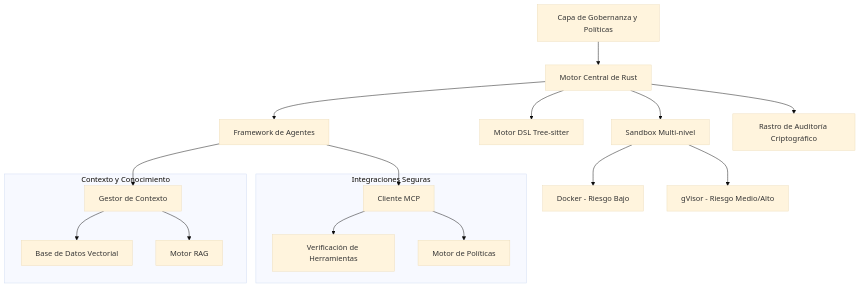
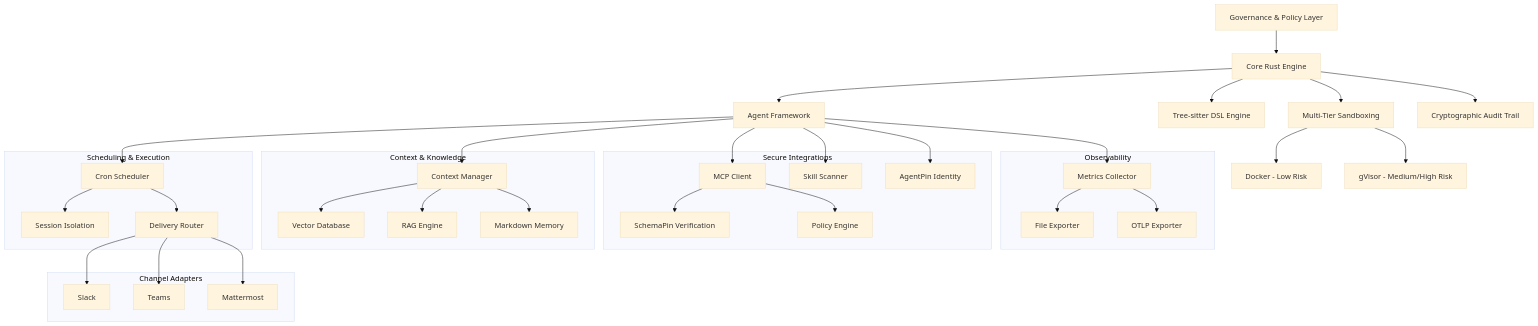
Before and after one commit to ThirdKeyAI/Symbiont: the diagram in docs/index.es.md, drawn with Mermaid (base theme). The commit also changed other lines of this file and 25 other files, not shown here.

````diff
--- a/docs/index.es.md
+++ b/docs/index.es.md
@@ -100,29 +107,62 @@
 ```mermaid
 graph TB
-    A[Capa de Gobernanza y Políticas] --> B[Motor Central de Rust]
-    B --> C[Framework de Agentes]
-    B --> D[Motor DSL Tree-sitter]
-    B --> E[Sandbox Multi-nivel]
-    E --> F[Docker - Riesgo Bajo]
-    E --> G[gVisor - Riesgo Medio/Alto]
-    B --> I[Rastro de Auditoría Criptográfico]
-    
-    subgraph "Contexto y Conocimiento"
-        J[Gestor de Contexto]
-        K[Base de Datos Vectorial]
-        L[Motor RAG]
+    A[Governance & Policy Layer] --> B[Core Rust Engine]
+    B --> C[Agent Framework]
+    B --> D[Tree-sitter DSL Engine]
+    B --> E[Multi-Tier Sandboxing]
+    E --> F[Docker - Low Risk]
+    E --> G[gVisor - Medium/High Risk]
+    B --> I[Cryptographic Audit Trail]
+
+    subgraph "Scheduling & Execution"
+        S[Cron Scheduler]
+        H[Session Isolation]
+        R[Delivery Router]
     end
-    
-    subgraph "Integraciones Seguras"
-        M[Cliente MCP]
-        N[Verificación de Herramientas]
-        O[Motor de Políticas]
+
+    subgraph "Channel Adapters"
+        SL[Slack]
+        TM[Teams]
+        MM[Mattermost]
     end
-    
+
+    subgraph "Context & Knowledge"
+        J[Context Manager]
+        K[Vector Database]
+        L[RAG Engine]
+        MD[Markdown Memory]
+    end
+
+    subgraph "Secure Integrations"
+        M[MCP Client]
+        N[SchemaPin Verification]
+        O[Policy Engine]
+        P[AgentPin Identity]
+        SK[Skill Scanner]
+    end
+
+    subgraph "Observability"
+        MET[Metrics Collector]
+        FE[File Exporter]
+        OT[OTLP Exporter]
+    end
+
+    C --> S
+    S --> H
+    S --> R
+    R --> SL
+    R --> TM
+    R --> MM
     C --> J
     C --> M
+    C --> SK
     J --> K
     J --> L
+    J --> MD
     M --> N
     M --> O
+    C --> P
+    C --> MET
+    MET --> FE
+    MET --> OT
 ```
````
